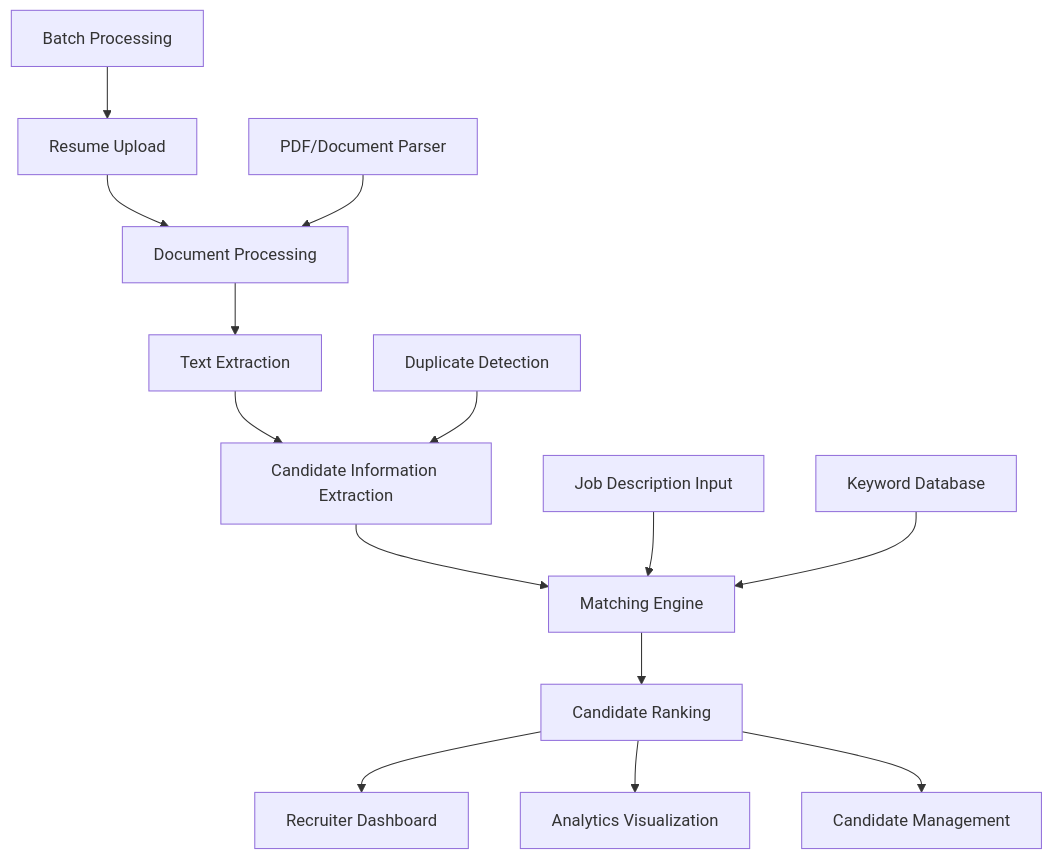
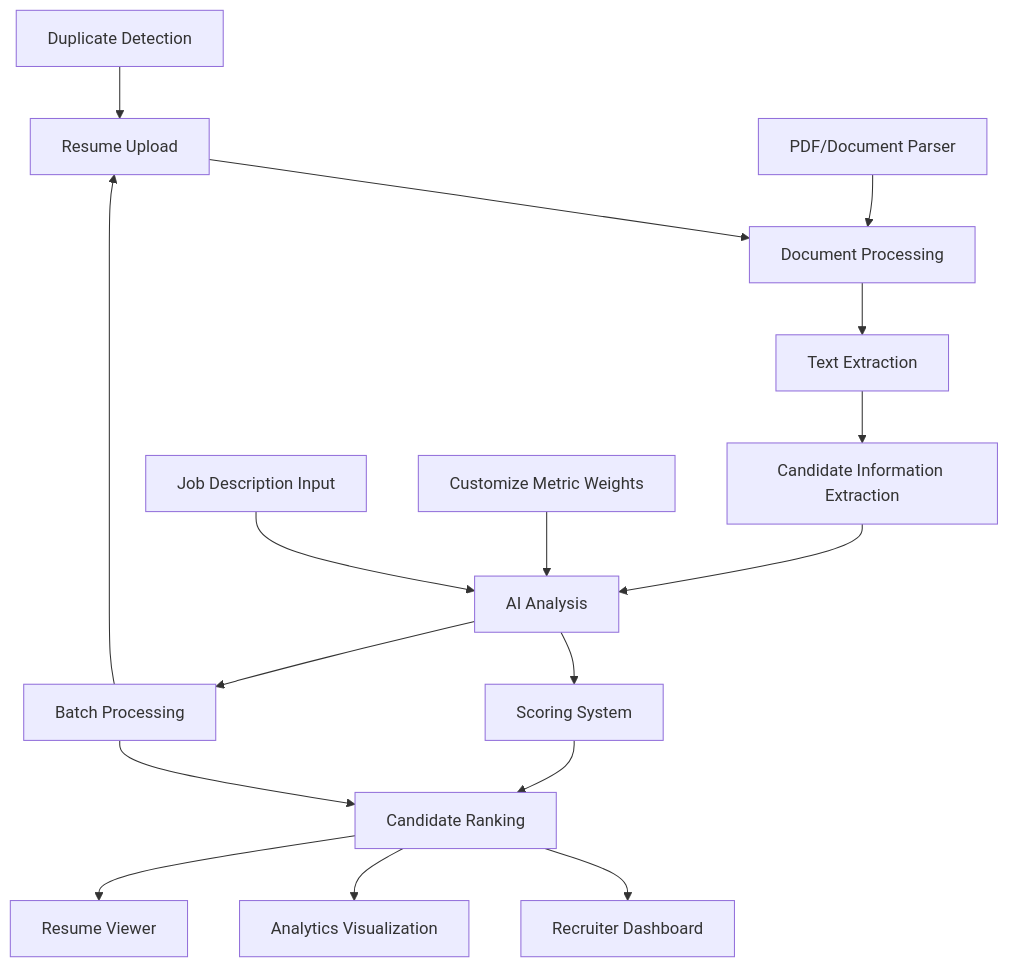
The first of 2 diagrams in README.md (MarcusMQF/Foresight-platform), drawn with Mermaid before and after one commit. The commit also changed other lines of this file, not shown here.

Commit message:
solution architecture

````diff
--- a/README.md
+++ b/README.md
@@ -56,19 +58,22 @@
 ```mermaid
 graph TD
     A[Resume Upload] --> B[Document Processing]
     B --> C[Text Extraction]
     D[PDF/Document Parser] --> B
     C --> E[Candidate Information Extraction]
-    E --> F[Matching Engine]
-    F --> G[Candidate Ranking]
+    E --> F[AI Analysis]
+    F --> Z[Scoring System]
+    F --> P[Keyword Matching]
+    Z --> G[Candidate Ranking]
+    P --> G[Candidate Ranking]
     
     H[Job Description Input] --> F
-    I[Keyword Database] --> F
+    I[Customize Metric Weights] --> F
     
     G --> M[Recruiter Dashboard]
     G --> N[Analytics Visualization]
-    G --> O[Candidate Management]
+    G --> O[Resume Viewer]
     
     P[Batch Processing] --> A
-    Q[Duplicate Detection] --> E
+    Q[Duplicate Detection] --> A
 ```
````
